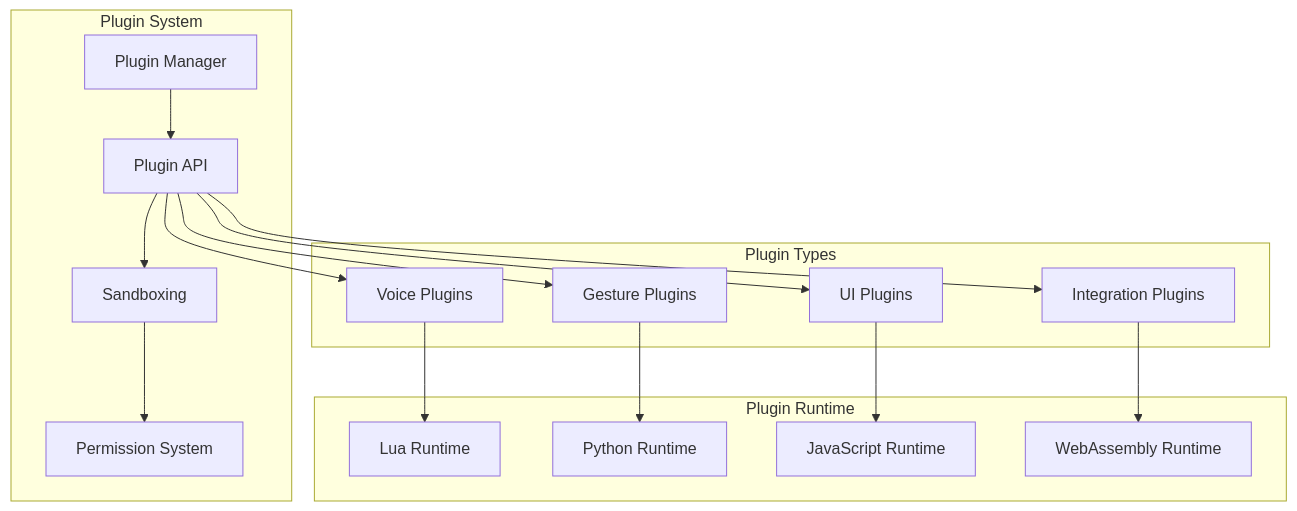
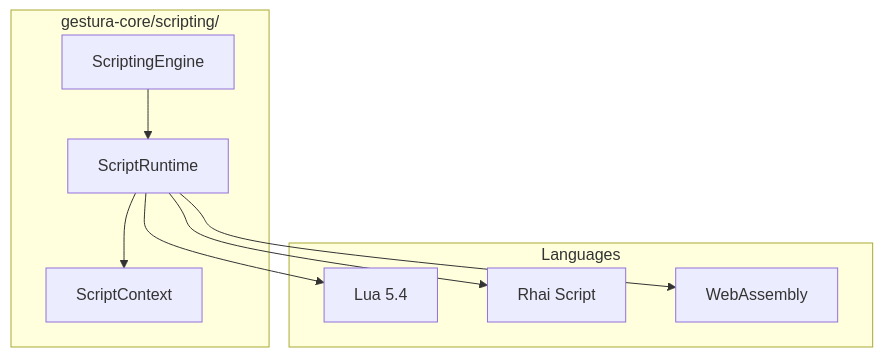
One commit to gestura-ai/gestura-app changed the seventh of 8 diagrams in docs/ARCHITECTURE.md. Above: the diagram before and after it, drawn with Mermaid. The commit also changed other lines of this file and 67 other files, not shown here.

````diff
--- a/docs/ARCHITECTURE.md
+++ b/docs/ARCHITECTURE.md
@@ -277,37 +415,21 @@
 ```mermaid
 graph TB
-    subgraph "Plugin System"
-        PLUGIN_MGR[Plugin Manager]
-        PLUGIN_API[Plugin API]
-        SANDBOX[Sandboxing]
-        PERM_SYS[Permission System]
+    subgraph "gestura-core/scripting/"
+        ENGINE[ScriptingEngine]
+        RUNTIME[ScriptRuntime]
+        CONTEXT[ScriptContext]
     end
-    
-    subgraph "Plugin Types"
-        VOICE_PLUGIN[Voice Plugins]
-        GESTURE_PLUGIN[Gesture Plugins]
-        UI_PLUGIN[UI Plugins]
-        INTEGRATION_PLUGIN[Integration Plugins]
+
+    subgraph "Languages"
+        LUA[Lua 5.4]
+        RHAI[Rhai Script]
+        WASM[WebAssembly]
     end
-    
-    subgraph "Plugin Runtime"
-        LUA[Lua Runtime]
-        PYTHON[Python Runtime]
-        JS[JavaScript Runtime]
-        WASM[WebAssembly Runtime]
-    end
-    
-    PLUGIN_MGR --> PLUGIN_API
-    PLUGIN_API --> SANDBOX
-    SANDBOX --> PERM_SYS
-    
-    PLUGIN_API --> VOICE_PLUGIN
-    PLUGIN_API --> GESTURE_PLUGIN
-    PLUGIN_API --> UI_PLUGIN
-    PLUGIN_API --> INTEGRATION_PLUGIN
-    
-    VOICE_PLUGIN --> LUA
-    GESTURE_PLUGIN --> PYTHON
-    UI_PLUGIN --> JS
-    INTEGRATION_PLUGIN --> WASM
+
+    ENGINE --> RUNTIME
+    RUNTIME --> CONTEXT
+
+    RUNTIME --> LUA
+    RUNTIME --> RHAI
+    RUNTIME --> WASM
 ```
````
